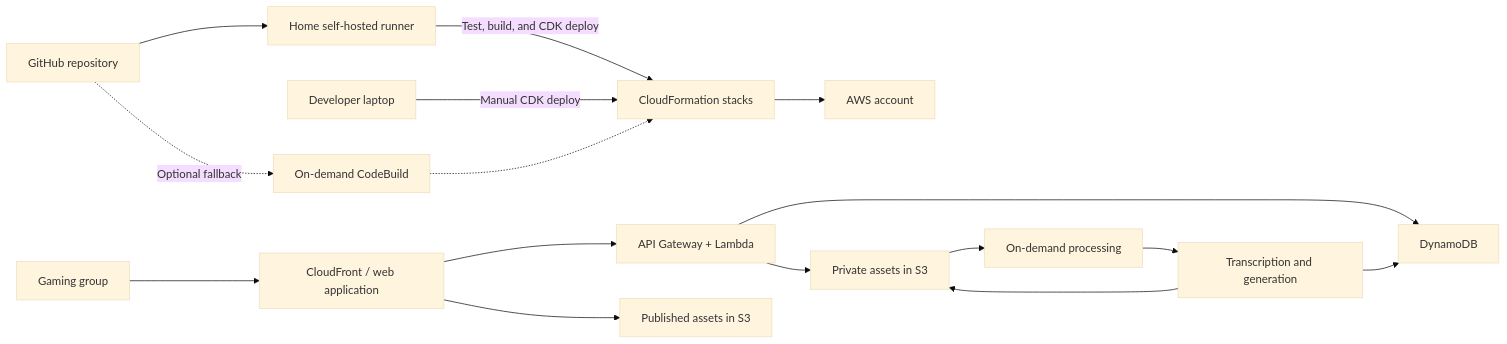
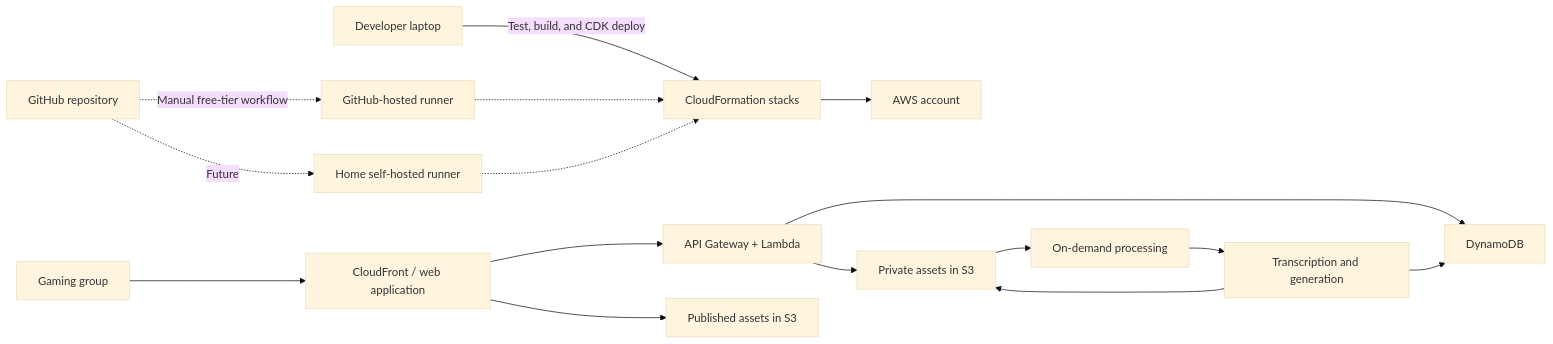
One commit to fourmajor/panther changed the diagram in docs/aws-platform-architecture-draft.md. Above: the diagram before and after it, drawn with Mermaid (base theme). The commit also changed other lines of this file and 2 other files, not shown here.

````diff
--- a/docs/aws-platform-architecture-draft.md
+++ b/docs/aws-platform-architecture-draft.md
@@ -42,20 +43,20 @@
 ```mermaid
 flowchart LR
-    GitHub[GitHub repository] --> Runner[Home self-hosted runner]
-    Runner -->|Test, build, and CDK deploy| IaC[CloudFormation stacks]
-    Laptop[Developer laptop] -->|Manual CDK deploy| IaC
-    GitHub -. Optional fallback .-> Build[On-demand CodeBuild]
-    Build -.-> IaC
+    Laptop[Developer laptop] -->|Test, build, and CDK deploy| IaC[CloudFormation stacks]
+    GitHub[GitHub repository] -. Manual free-tier workflow .-> Hosted[GitHub-hosted runner]
+    Hosted -.-> IaC
+    GitHub -. Future .-> Runner[Home self-hosted runner]
+    Runner -.-> IaC
     IaC --> AWS[AWS account]
 
     Group[Gaming group] --> Web[CloudFront / web application]
     Web --> API[API Gateway + Lambda]
     Web --> Published[Published assets in S3]
     API --> Data[DynamoDB]
     API --> Private[Private assets in S3]
 
     Private --> Queue[On-demand processing]
     Queue --> Transcript[Transcription and generation]
     Transcript --> Private
     Transcript --> Data
 ```
````
